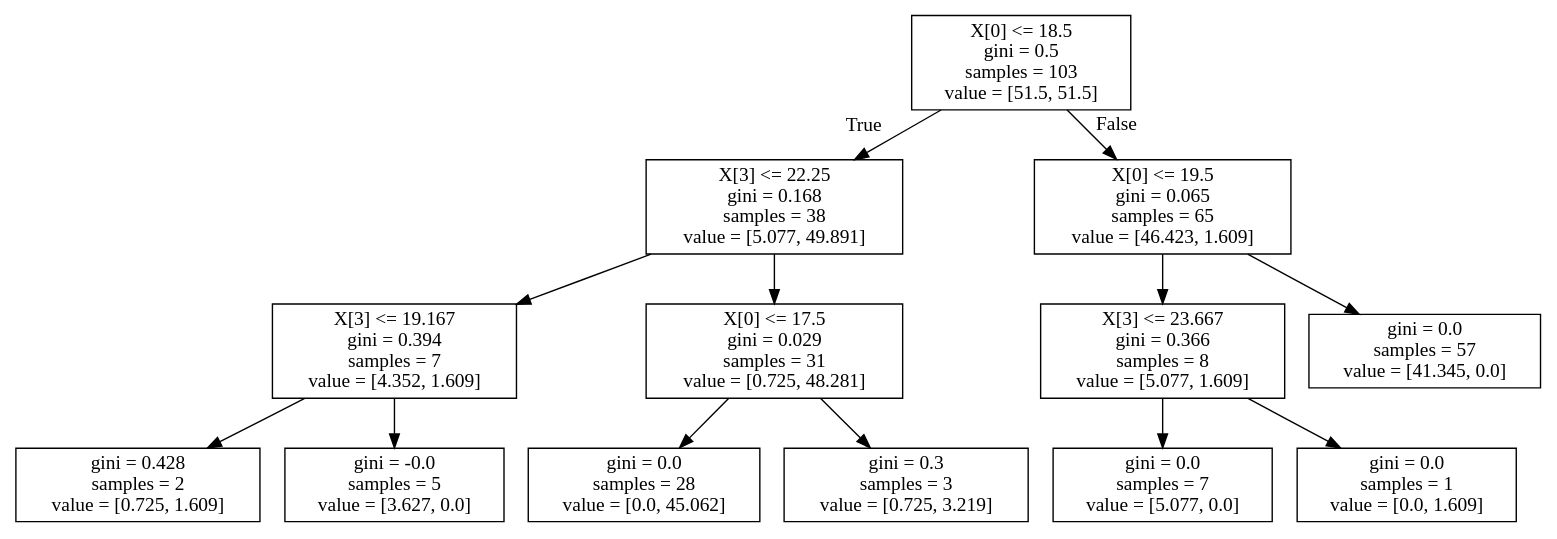
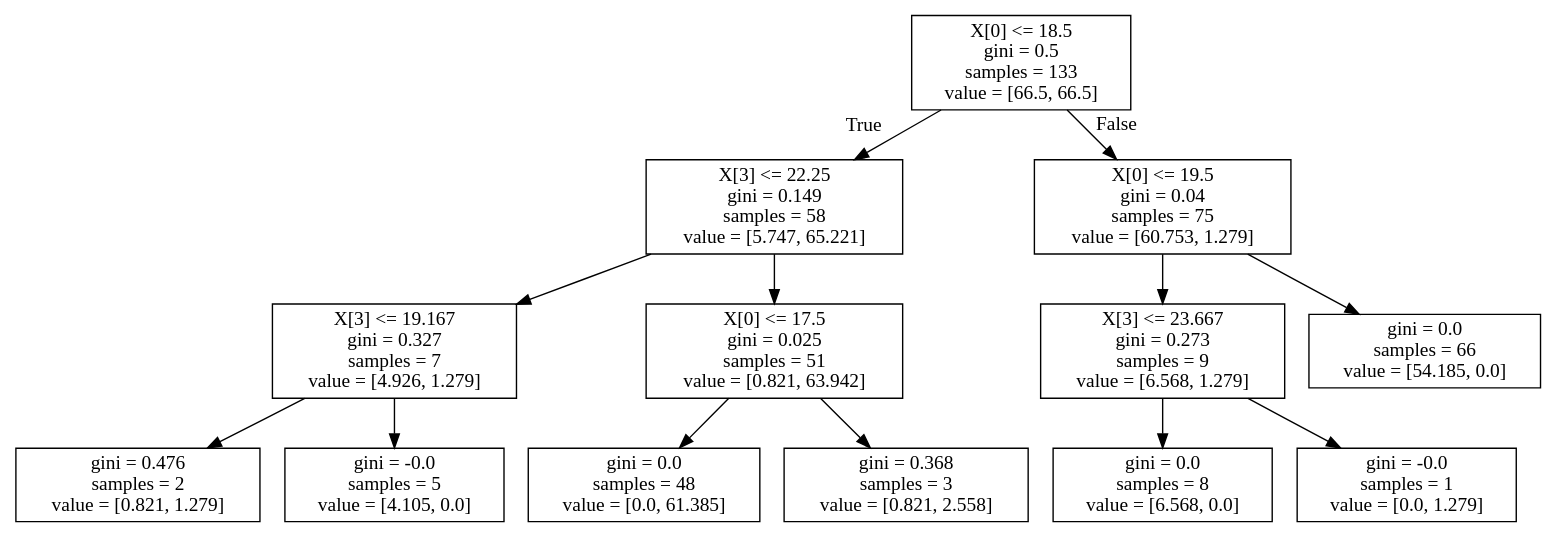
One commit to grid-eye/Fall-Detection changed the diagram in examples/iris.dot. Above: the diagram before and after it, drawn with Graphviz. The commit also changed 12 other files, not shown here.

```diff
--- a/examples/iris.dot
+++ b/examples/iris.dot
@@ -1,28 +1,28 @@
 digraph Tree {
 node [shape=box] ;
-0 [label="X[0] <= 18.5\ngini = 0.5\nsamples = 103\nvalue = [51.5, 51.5]"] ;
-1 [label="X[3] <= 22.25\ngini = 0.168\nsamples = 38\nvalue = [5.077, 49.891]"] ;
+0 [label="X[0] <= 18.5\ngini = 0.5\nsamples = 133\nvalue = [66.5, 66.5]"] ;
+1 [label="X[3] <= 22.25\ngini = 0.149\nsamples = 58\nvalue = [5.747, 65.221]"] ;
 0 -> 1 [labeldistance=2.5, labelangle=45, headlabel="True"] ;
-2 [label="X[3] <= 19.167\ngini = 0.394\nsamples = 7\nvalue = [4.352, 1.609]"] ;
+2 [label="X[3] <= 19.167\ngini = 0.327\nsamples = 7\nvalue = [4.926, 1.279]"] ;
 1 -> 2 ;
-3 [label="gini = 0.428\nsamples = 2\nvalue = [0.725, 1.609]"] ;
+3 [label="gini = 0.476\nsamples = 2\nvalue = [0.821, 1.279]"] ;
 2 -> 3 ;
-4 [label="gini = -0.0\nsamples = 5\nvalue = [3.627, 0.0]"] ;
+4 [label="gini = -0.0\nsamples = 5\nvalue = [4.105, 0.0]"] ;
 2 -> 4 ;
-5 [label="X[0] <= 17.5\ngini = 0.029\nsamples = 31\nvalue = [0.725, 48.281]"] ;
+5 [label="X[0] <= 17.5\ngini = 0.025\nsamples = 51\nvalue = [0.821, 63.942]"] ;
 1 -> 5 ;
-6 [label="gini = 0.0\nsamples = 28\nvalue = [0.0, 45.062]"] ;
+6 [label="gini = 0.0\nsamples = 48\nvalue = [0.0, 61.385]"] ;
 5 -> 6 ;
-7 [label="gini = 0.3\nsamples = 3\nvalue = [0.725, 3.219]"] ;
+7 [label="gini = 0.368\nsamples = 3\nvalue = [0.821, 2.558]"] ;
 5 -> 7 ;
-8 [label="X[0] <= 19.5\ngini = 0.065\nsamples = 65\nvalue = [46.423, 1.609]"] ;
+8 [label="X[0] <= 19.5\ngini = 0.04\nsamples = 75\nvalue = [60.753, 1.279]"] ;
 0 -> 8 [labeldistance=2.5, labelangle=-45, headlabel="False"] ;
-9 [label="X[3] <= 23.667\ngini = 0.366\nsamples = 8\nvalue = [5.077, 1.609]"] ;
+9 [label="X[3] <= 23.667\ngini = 0.273\nsamples = 9\nvalue = [6.568, 1.279]"] ;
 8 -> 9 ;
-10 [label="gini = 0.0\nsamples = 7\nvalue = [5.077, 0.0]"] ;
+10 [label="gini = 0.0\nsamples = 8\nvalue = [6.568, 0.0]"] ;
 9 -> 10 ;
-11 [label="gini = 0.0\nsamples = 1\nvalue = [0.0, 1.609]"] ;
+11 [label="gini = -0.0\nsamples = 1\nvalue = [0.0, 1.279]"] ;
 9 -> 11 ;
-12 [label="gini = 0.0\nsamples = 57\nvalue = [41.345, 0.0]"] ;
+12 [label="gini = 0.0\nsamples = 66\nvalue = [54.185, 0.0]"] ;
 8 -> 12 ;
 }
```
